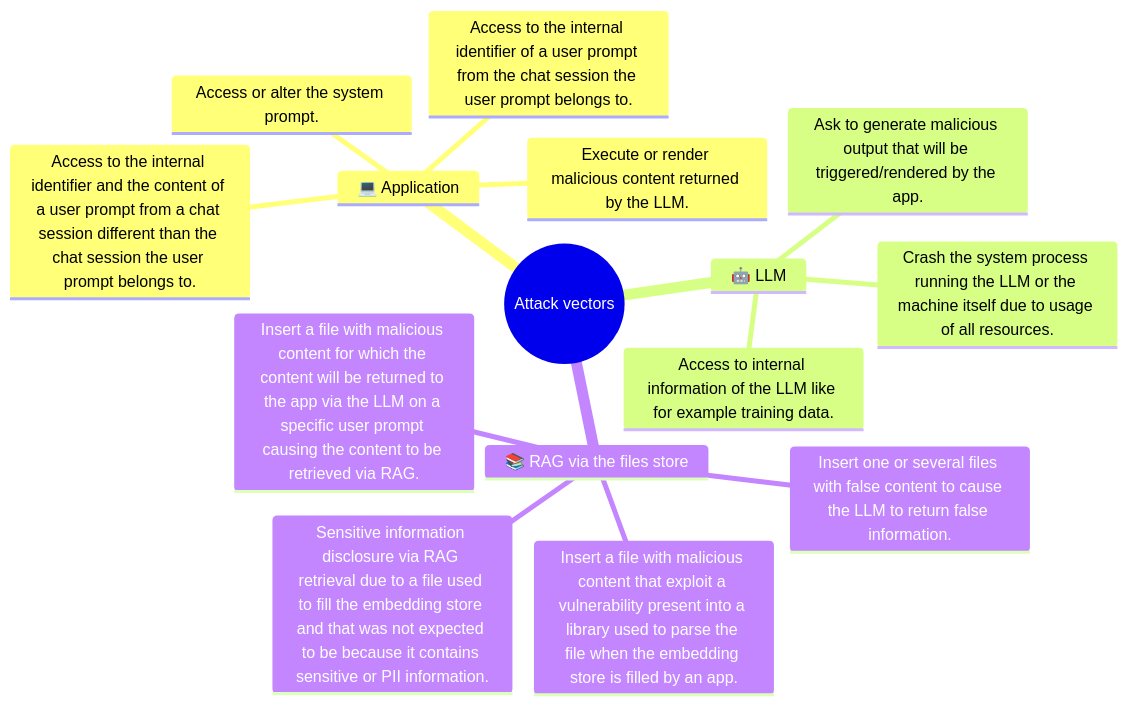
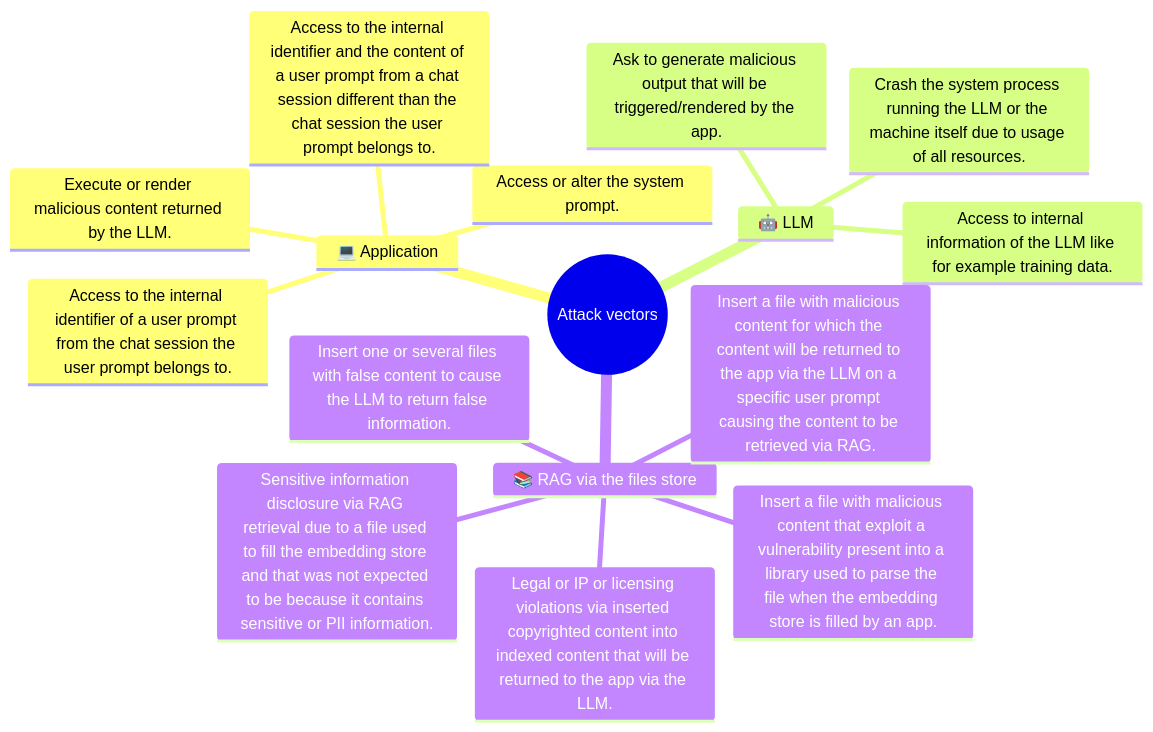
One commit to righettod/poc-llm changed the diagram in README.md. Above: the diagram before and after it, drawn with Mermaid.

````diff
--- a/README.md
+++ b/README.md
@@ -47,18 +47,19 @@
 ```mermaid
 mindmap
   root((Attack vectors))
     💻 Application
         Access or alter the system prompt.
         Execute or render malicious content returned by the LLM.
         Access to the internal identifier of a user prompt from the chat session the user prompt belongs to.
         Access to the internal identifier and the content of a user prompt from a chat session different than the chat session the user prompt belongs to.
     🤖 LLM
         Access to internal information of the LLM like for example training data.
         Ask to generate malicious output that will be triggered/rendered by the app.
         Crash the system process running the LLM or the machine itself due to usage of all resources.
     📚 RAG via the files store
         Insert a file with malicious content for which the content will be returned to the app via the LLM on a specific user prompt causing the content to be retrieved via RAG.
         Insert a file with malicious content that exploit a vulnerability present into a library used to parse the file when the embedding store is filled by an app.
         Sensitive information disclosure via RAG retrieval due to a file used to fill the embedding store and that was not expected to be because it contains sensitive or PII information.
         Insert one or several files with false content to cause the LLM to return false information.
+        Legal or IP or licensing violations via inserted copyrighted content into indexed content that will be returned to the app via the LLM.
 ```
````
